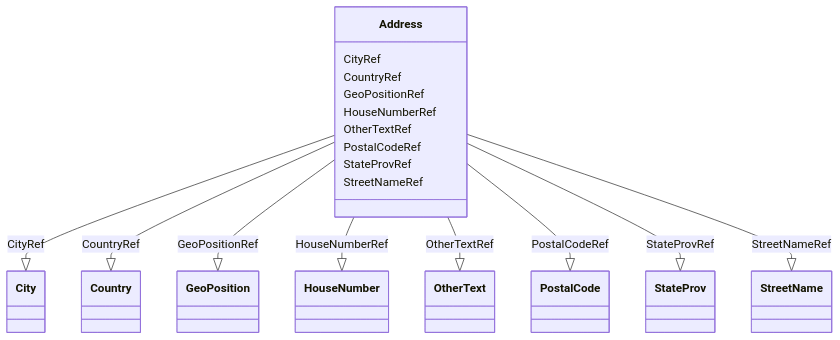
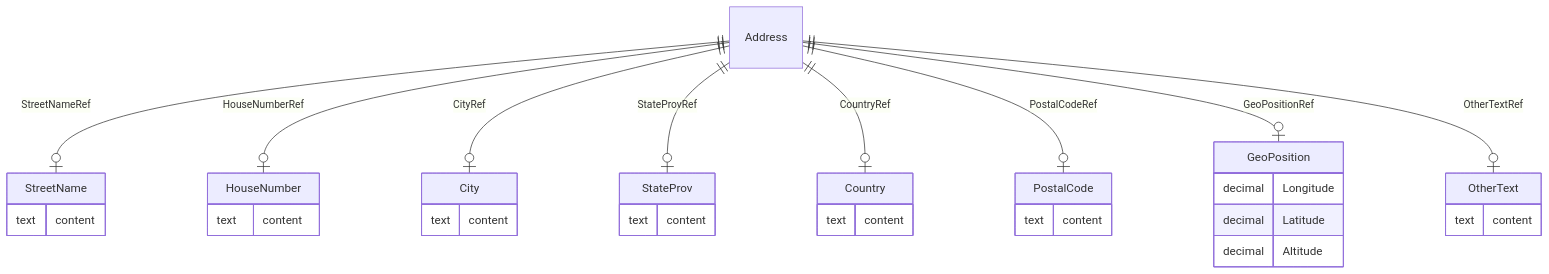
Before and after one commit to cdisc-org/DataExchange-ODM-LinkML: the diagram in docs/Address.md, drawn with Mermaid. The commit also changed other lines of this file and 181 other files, not shown here.

Commit message:
ER diagrams working via templates and removing names with underscores

````diff
--- a/docs/Address.md
+++ b/docs/Address.md
@@ -14,37 +11,42 @@
 ```mermaid
- classDiagram
-    class Address
-      Address : CityRef
-        
-          Address --|> City : CityRef
-        
-      Address : CountryRef
-        
-          Address --|> Country : CountryRef
-        
-      Address : GeoPositionRef
-        
-          Address --|> GeoPosition : GeoPositionRef
-        
-      Address : HouseNumberRef
-        
-          Address --|> HouseNumber : HouseNumberRef
-        
-      Address : OtherTextRef
-        
-          Address --|> OtherText : OtherTextRef
-        
-      Address : PostalCodeRef
-        
-          Address --|> PostalCode : PostalCodeRef
-        
-      Address : StateProvRef
-        
-          Address --|> StateProv : StateProvRef
-        
-      Address : StreetNameRef
-        
-          Address --|> StreetName : StreetNameRef
-        
-      
+erDiagram
+Address {
+
+}
+OtherText {
+    text content  
+}
+GeoPosition {
+    decimal Longitude  
+    decimal Latitude  
+    decimal Altitude  
+}
+PostalCode {
+    text content  
+}
+Country {
+    text content  
+}
+StateProv {
+    text content  
+}
+City {
+    text content  
+}
+HouseNumber {
+    text content  
+}
+StreetName {
+    text content  
+}
+
+Address ||--|o StreetName : "StreetNameRef"
+Address ||--|o HouseNumber : "HouseNumberRef"
+Address ||--|o City : "CityRef"
+Address ||--|o StateProv : "StateProvRef"
+Address ||--|o Country : "CountryRef"
+Address ||--|o PostalCode : "PostalCodeRef"
+Address ||--|o GeoPosition : "GeoPositionRef"
+Address ||--|o OtherText : "OtherTextRef"
+
 ```
````
